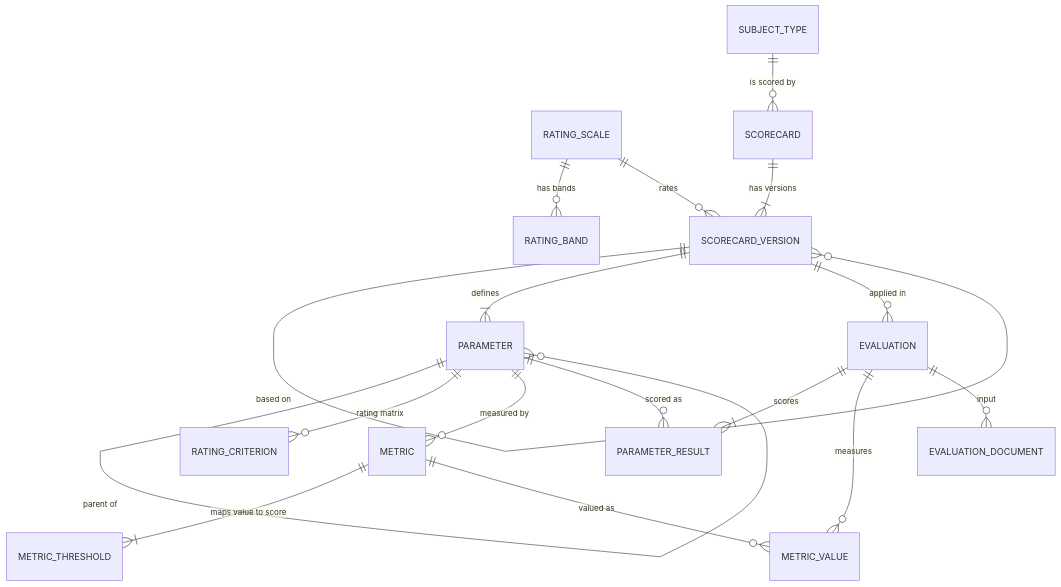
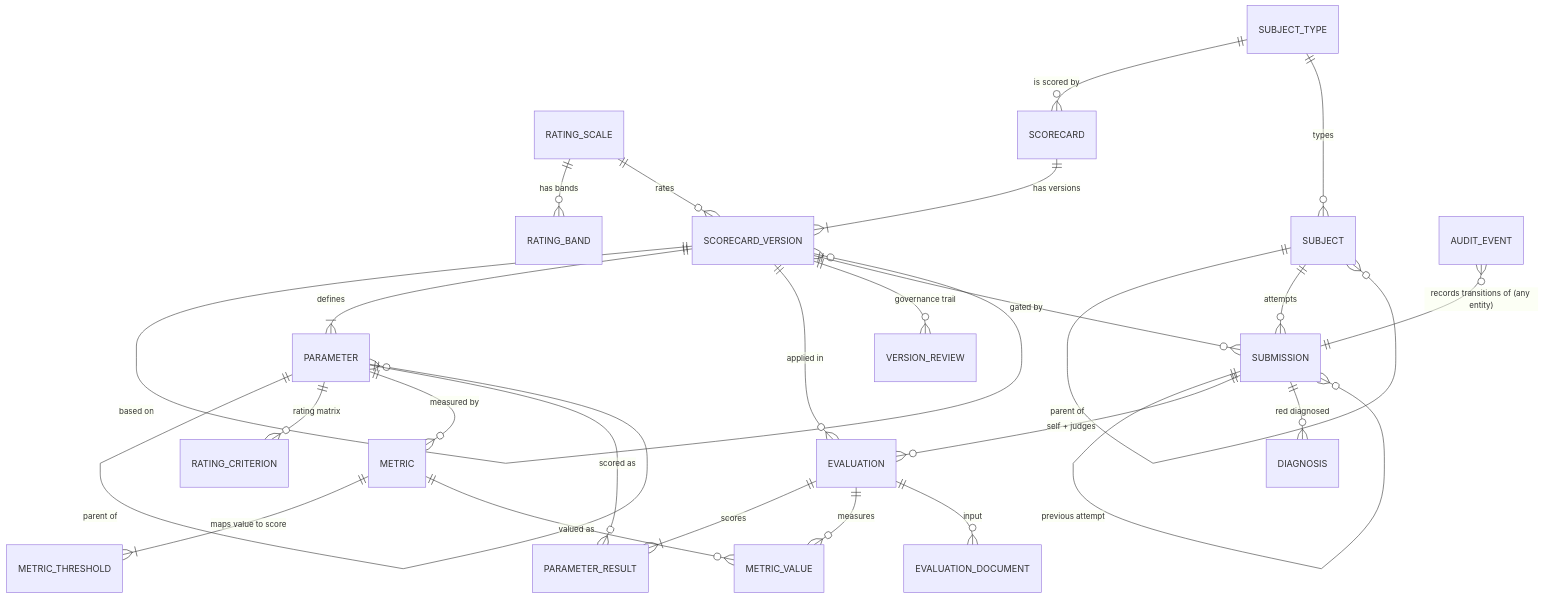
The diagram in docs/02_DATABASE_DESIGN.md (Prabhav558/RAG), drawn with Mermaid before and after one commit. The commit also changed other lines of this file and 13 other files, not shown here.

First line of the commit message:
Phase 1 complete: refined PRD, architecture, user guide, Cycle 3 report

````diff
--- a/docs/02_DATABASE_DESIGN.md
+++ b/docs/02_DATABASE_DESIGN.md
@@ -8,19 +8,28 @@
 ```mermaid
 erDiagram
     RATING_SCALE ||--o{ RATING_BAND : "has bands"
     SUBJECT_TYPE ||--o{ SCORECARD : "is scored by"
     SCORECARD ||--|{ SCORECARD_VERSION : "has versions"
     RATING_SCALE ||--o{ SCORECARD_VERSION : "rates"
     SCORECARD_VERSION ||--o{ SCORECARD_VERSION : "based on"
     SCORECARD_VERSION ||--|{ PARAMETER : "defines"
     PARAMETER ||--o{ PARAMETER : "parent of"
     PARAMETER ||--o{ RATING_CRITERION : "rating matrix"
     PARAMETER ||--o{ METRIC : "measured by"
     METRIC ||--|{ METRIC_THRESHOLD : "maps value to score"
     SCORECARD_VERSION ||--o{ EVALUATION : "applied in"
     EVALUATION ||--|{ PARAMETER_RESULT : "scores"
     PARAMETER ||--o{ PARAMETER_RESULT : "scored as"
     EVALUATION ||--o{ METRIC_VALUE : "measures"
     METRIC ||--o{ METRIC_VALUE : "valued as"
     EVALUATION ||--o{ EVALUATION_DOCUMENT : "input"
+    SCORECARD_VERSION ||--o{ VERSION_REVIEW : "governance trail"
+    SUBJECT_TYPE ||--o{ SUBJECT : "types"
+    SUBJECT ||--o{ SUBJECT : "parent of"
+    SUBJECT ||--o{ SUBMISSION : "attempts"
+    SCORECARD_VERSION ||--o{ SUBMISSION : "gated by"
+    SUBMISSION ||--o{ SUBMISSION : "previous attempt"
+    SUBMISSION ||--o{ EVALUATION : "self + judges"
+    SUBMISSION ||--o{ DIAGNOSIS : "red diagnosed"
+    AUDIT_EVENT }o--|| SUBMISSION : "records transitions of (any entity)"
 ```
````
